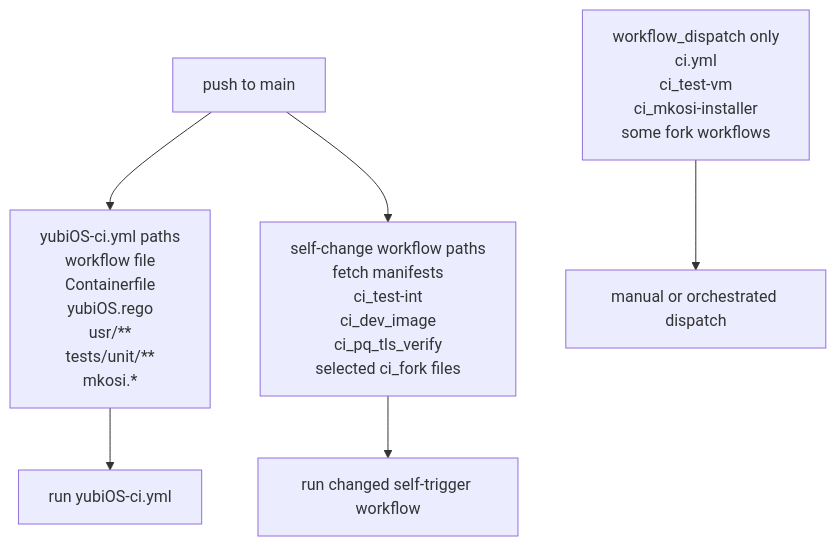
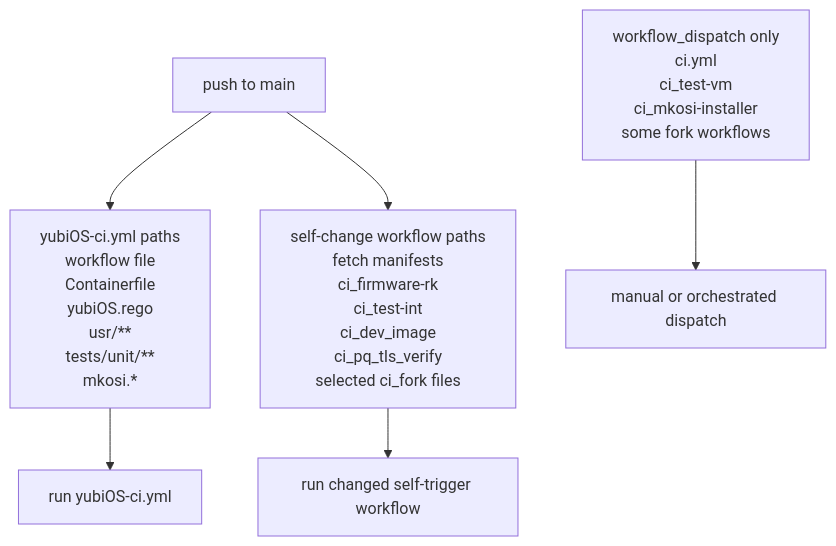
Before and after one commit to corning-croak-cable/yubiOS: the fifth of 7 diagrams in CI_MAP.md, drawn with Mermaid. The commit also changed other lines of this file, not shown here.

Commit message:
docs: refresh CI map for RK firmware workflow

````diff
--- a/CI_MAP.md
+++ b/CI_MAP.md
@@ -251,14 +144,14 @@
 ```mermaid
 flowchart TD
     push_main["push to main"]
     yw_paths["yubiOS-ci.yml paths\nworkflow file\nContainerfile\nyubiOS.rego\nusr/**\ntests/unit/**\nmkosi.*"]
-    self_paths["self-change workflow paths\nfetch manifests\nci_test-int\nci_dev_image\nci_pq_tls_verify\nselected ci_fork files"]
+    self_paths["self-change workflow paths\nfetch manifests\nci_firmware-rk\nci_test-int\nci_dev_image\nci_pq_tls_verify\nselected ci_fork files"]
     dispatch_only["workflow_dispatch only\nci.yml\nci_test-vm\nci_mkosi-installer\nsome fork workflows"]
     run_yw["run yubiOS-ci.yml"]
     run_self["run changed self-trigger workflow"]
     manual["manual or orchestrated dispatch"]
 
     push_main --> yw_paths --> run_yw
     push_main --> self_paths --> run_self
     dispatch_only --> manual
 ```
````
